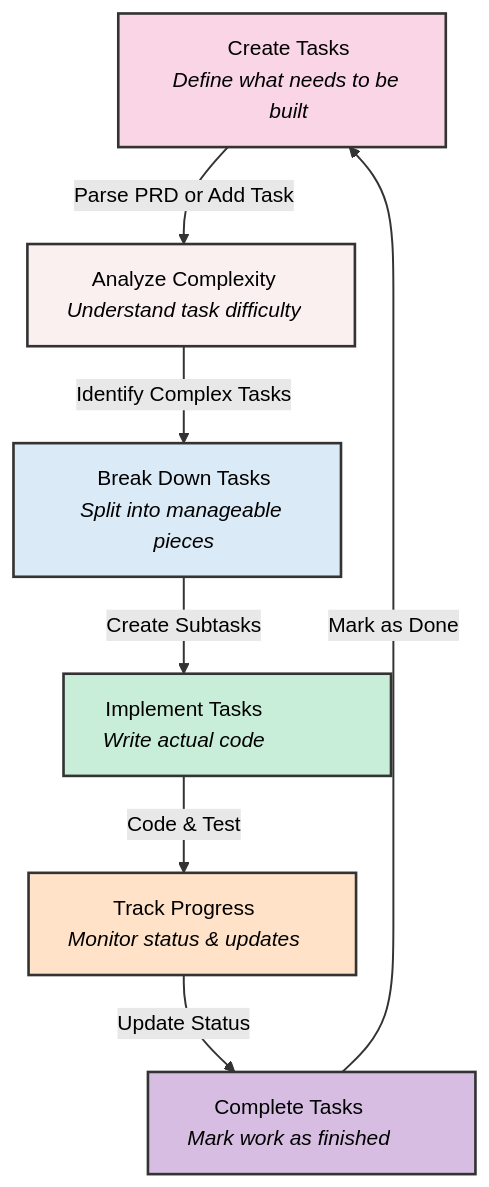
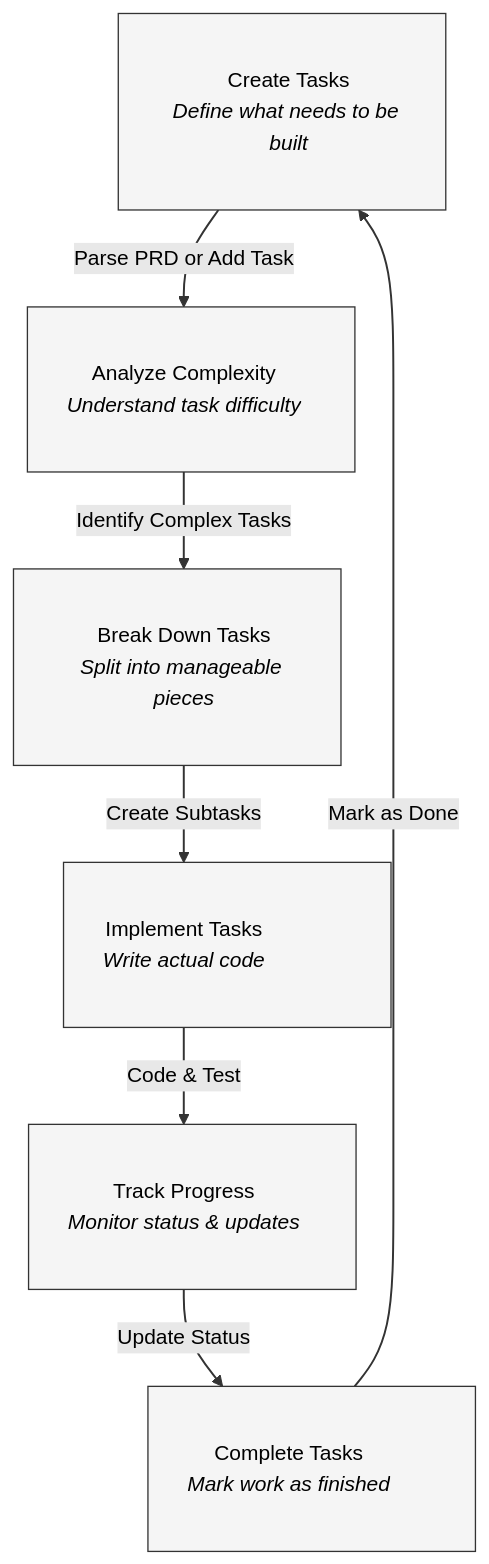
Before and after one commit to colours93/cursor_workflow: the first of 2 diagrams in docs/QUICK-START.md, drawn with Mermaid (forest theme).

Commit message:
Convert main workflow diagram to black and white style

````diff
--- a/docs/QUICK-START.md
+++ b/docs/QUICK-START.md
@@ -83,18 +83,14 @@
 ```mermaid
 graph TB
     A["Create Tasks<br><i>Define what needs to be built</i>"] -->|Parse PRD or Add Task| B["Analyze Complexity<br><i>Understand task difficulty</i>"]
     B -->|Identify Complex Tasks| C["Break Down Tasks<br><i>Split into manageable pieces</i>"]
     C -->|Create Subtasks| D["Implement Tasks<br><i>Write actual code</i>"]
     D -->|Code & Test| E["Track Progress<br><i>Monitor status & updates</i>"]
     E -->|Update Status| F["Complete Tasks<br><i>Mark work as finished</i>"]
     F -->|Mark as Done| A
     
-    style A fill:#f9d5e5,stroke:#333,stroke-width:2px,color:black,width:250px,padding:10px
-    style B fill:#fbf0f0,stroke:#333,stroke-width:2px,color:black,width:250px,padding:10px
-    style C fill:#daeaf6,stroke:#333,stroke-width:2px,color:black,width:250px,padding:10px
-    style D fill:#c8eed9,stroke:#333,stroke-width:2px,color:black,width:250px,padding:10px
-    style E fill:#ffe2c8,stroke:#333,stroke-width:2px,color:black,width:250px,padding:10px
-    style F fill:#d7bde2,stroke:#333,stroke-width:2px,color:black,width:250px,padding:10px
+    classDef stateStyle fill:#f5f5f5,stroke:#333,stroke-width:1px,color:black,width:250px,padding:10px
+    class A,B,C,D,E,F stateStyle
     
     linkStyle default stroke:#333,stroke-width:1.5px,color:black
 ```
````
